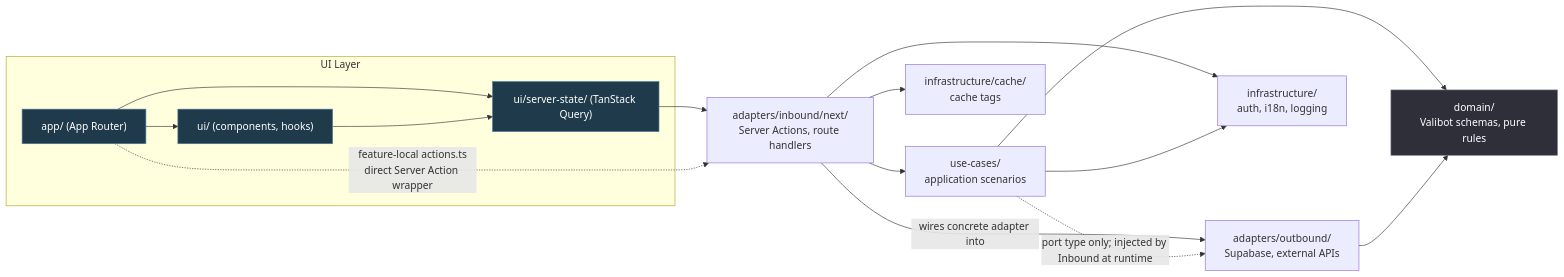
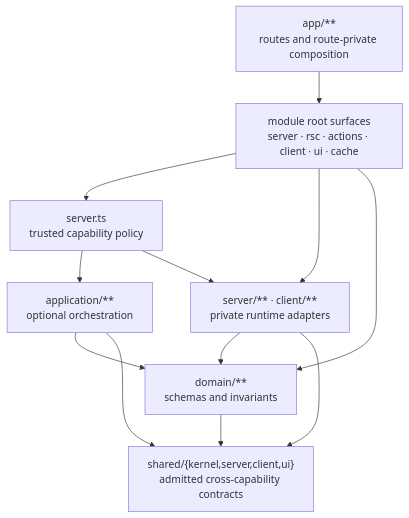
One commit to clicktronix/fullstack-ai-template changed the first of 4 diagrams in wiki/ARCHITECTURE/ARCHITECTURE.md. Above: the diagram before and after it, drawn with Mermaid. The commit also changed other lines of this file and 474 other files, not shown here.

Commit message:
Migrate template to capability-first architecture

````diff
--- a/wiki/ARCHITECTURE/ARCHITECTURE.md
+++ b/wiki/ARCHITECTURE/ARCHITECTURE.md
@@ -28,34 +9,22 @@
 ```mermaid
-flowchart LR
-    subgraph UI["UI Layer"]
-        App["app/ (App Router)"]
-        UIcmp["ui/ (components, hooks)"]
-        ServerState["ui/server-state/ (TanStack Query)"]
-    end
+flowchart TB
+  App["app/**<br/>routes and route-private composition"]
+  Public["module root surfaces<br/>server · rsc · actions · client · ui · cache"]
+  Server["server.ts<br/>trusted capability policy"]
+  Application["application/**<br/>optional orchestration"]
+  Adapters["server/** · client/**<br/>private runtime adapters"]
+  Domain["domain/**<br/>schemas and invariants"]
+  Shared["shared/{kernel,server,client,ui}<br/>admitted cross-capability contracts"]
 
-    Inbound["adapters/inbound/next/<br/>Server Actions, route handlers"]
-    UseCases["use-cases/<br/>application scenarios"]
-    Outbound["adapters/outbound/<br/>Supabase, external APIs"]
-    Domain["domain/<br/>Valibot schemas, pure rules"]
-    Infra["infrastructure/<br/>auth, i18n, logging"]
-    Cache["infrastructure/cache/<br/>cache tags"]
-
-    App --> ServerState
-    App --> UIcmp
-    UIcmp --> ServerState
-    ServerState --> Inbound
-    App -.->|feature-local actions.ts<br/>direct Server Action wrapper| Inbound
-    Inbound --> UseCases
-    Inbound -->|wires concrete adapter into| Outbound
-    UseCases -.->|port type only; injected by Inbound at runtime| Outbound
-    UseCases --> Domain
-    Outbound --> Domain
-    Inbound --> Infra
-    Inbound --> Cache
-    UseCases --> Infra
-
-    classDef domain fill:#2f2f3a,stroke:#6a6a7a,color:#fff
-    classDef ui fill:#1f3a4a,stroke:#4a7a9a,color:#fff
-    class Domain domain
-    class App,UIcmp,ServerState ui
+  App --> Public
+  Public --> Server
+  Public --> Adapters
+  Server --> Application
+  Server --> Adapters
+  Application --> Domain
+  Adapters --> Domain
+  Public --> Domain
+  Domain --> Shared
+  Application --> Shared
+  Adapters --> Shared
 ```
````
